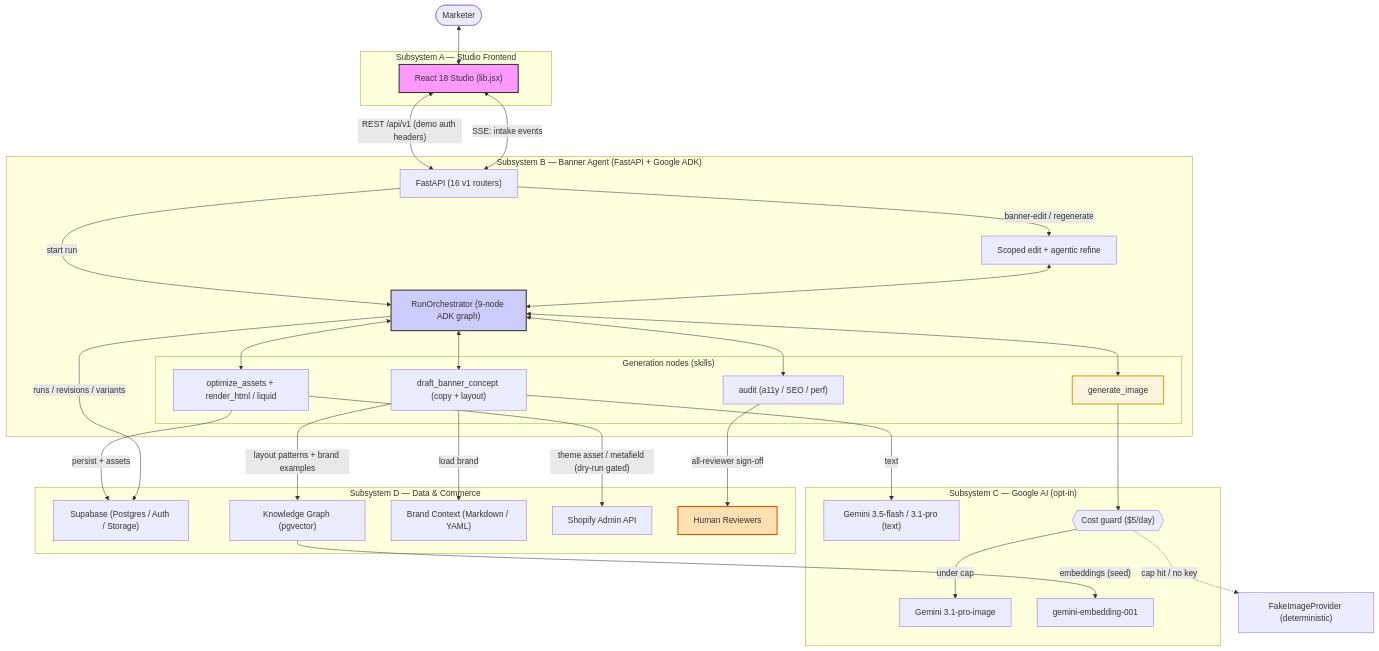
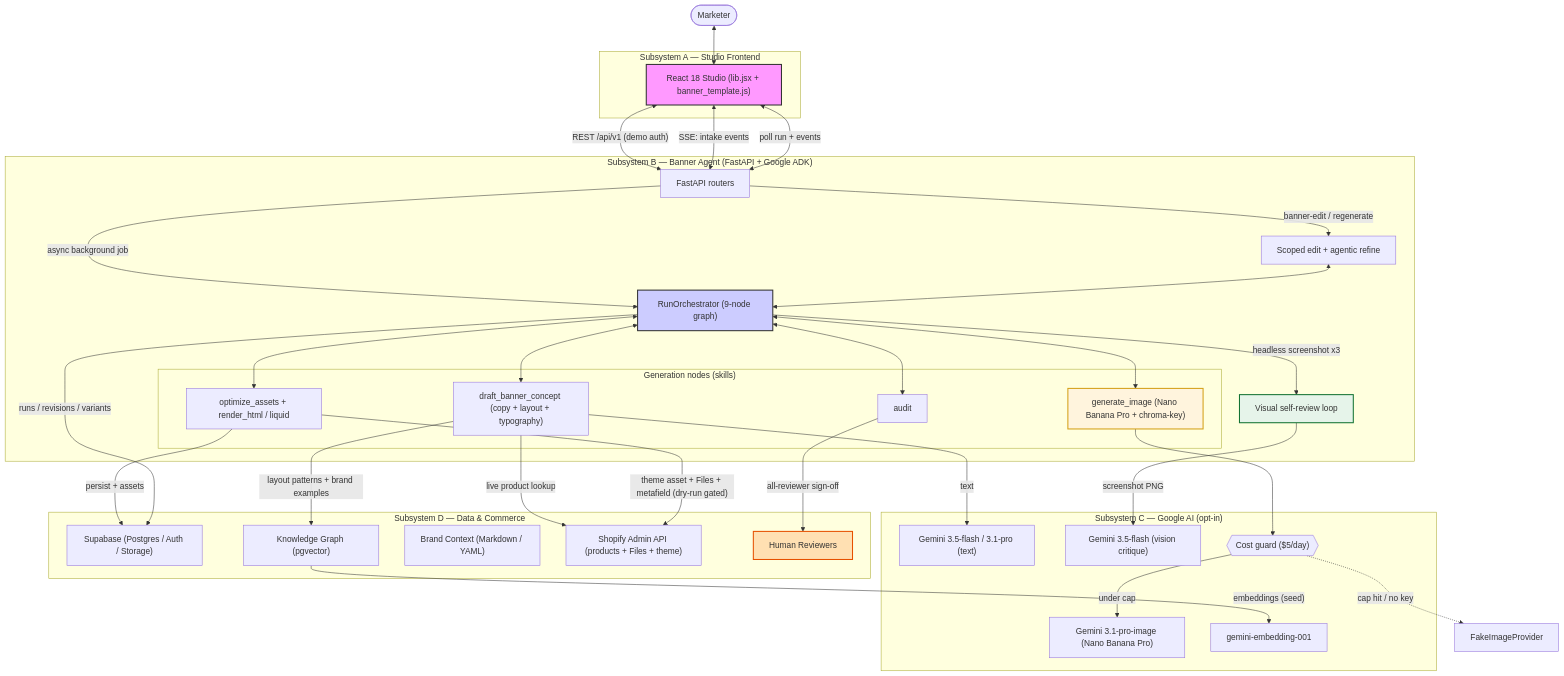
Before and after one commit to aijolot/aijolot-banner-agent: the first of 5 diagrams in ARCHITECTURE.md, drawn with Mermaid. The commit also changed other lines of this file and 1 other file, not shown here.

First line of the commit message:
docs: refresh ARCHITECTURE + README for async, visual self-review, live Shopify

````diff
--- a/ARCHITECTURE.md
+++ b/ARCHITECTURE.md
@@ -61,58 +63,63 @@
 ```mermaid
 graph TD
-    User([Marketer]) <--> FE["React 18 Studio (lib.jsx)"]
+    User([Marketer]) <--> FE["React 18 Studio (lib.jsx + banner_template.js)"]
 
     subgraph Client["Subsystem A — Studio Frontend"]
         FE
     end
 
     subgraph Agent["Subsystem B — Banner Agent (FastAPI + Google ADK)"]
-        FE <-->|"REST /api/v1 (demo auth headers)"| API["FastAPI (16 v1 routers)"]
+        FE <-->|"REST /api/v1 (demo auth)"| API["FastAPI routers"]
         FE <-->|"SSE: intake events"| API
-        API -->|"start run"| ORC["RunOrchestrator (9-node ADK graph)"]
+        FE <-->|"poll run + events"| API
+        API -->|"async background job"| ORC["RunOrchestrator (9-node graph)"]
         subgraph Toolbox["Generation nodes (skills)"]
-            Concept["draft_banner_concept (copy + layout)"]
-            ImageGen["generate_image"]
+            Concept["draft_banner_concept (copy + layout + typography)"]
+            ImageGen["generate_image (Nano Banana Pro + chroma-key)"]
             Render["optimize_assets + render_html / liquid"]
-            Audit["audit (a11y / SEO / perf)"]
+            Audit["audit"]
         end
         ORC <--> Concept
         ORC <--> ImageGen
         ORC <--> Render
         ORC <--> Audit
+        ORC -->|"headless screenshot x3"| REVIEW["Visual self-review loop"]
         API -->|"banner-edit / regenerate"| EDIT["Scoped edit + agentic refine"]
         EDIT <--> ORC
     end
 
     subgraph Google["Subsystem C — Google AI (opt-in)"]
         GTEXT["Gemini 3.5-flash / 3.1-pro (text)"]
-        GIMG["Gemini 3.1-pro-image"]
+        GVIS["Gemini 3.5-flash (vision critique)"]
+        GIMG["Gemini 3.1-pro-image (Nano Banana Pro)"]
         GEMB["gemini-embedding-001"]
         CG{{"Cost guard ($5/day)"}}
     end
 
     subgraph Data["Subsystem D — Data & Commerce"]
         SUPA["Supabase (Postgres / Auth / Storage)"]
         KG["Knowledge Graph (pgvector)"]
         BRAND["Brand Context (Markdown / YAML)"]
-        SHOP["Shopify Admin API"]
+        SHOP["Shopify Admin API (products + Files + theme)"]
         HITL["Human Reviewers"]
     end
 
     Concept -->|"text"| GTEXT
+    REVIEW -->|"screenshot PNG"| GVIS
     ImageGen --> CG
     CG -->|"under cap"| GIMG
-    CG -.->|"cap hit / no key"| FB["FakeImageProvider (deterministic)"]
+    CG -.->|"cap hit / no key"| FB["FakeImageProvider"]
     Render -->|"persist + assets"| SUPA
     ORC -->|"runs / revisions / variants"| SUPA
     Concept -->|"layout patterns + brand examples"| KG
     KG -->|"embeddings (seed)"| GEMB
-    Concept -->|"load brand"| BRAND
+    Concept -->|"live product lookup"| SHOP
     Audit -->|"all-reviewer sign-off"| HITL
-    Render -->|"theme asset / metafield (dry-run gated)"| SHOP
+    Render -->|"theme asset + Files + metafield (dry-run gated)"| SHOP
 
     style FE fill:#f9f,stroke:#333,stroke-width:2px
     style ORC fill:#ccf,stroke:#333,stroke-width:2px
     style ImageGen fill:#fff4dd,stroke:#d4a017,stroke-width:2px
+    style REVIEW fill:#e6f4ea,stroke:#137333,stroke-width:2px
     style HITL fill:#FFE0B2,stroke:#E65100,stroke-width:2px
 ```
````
